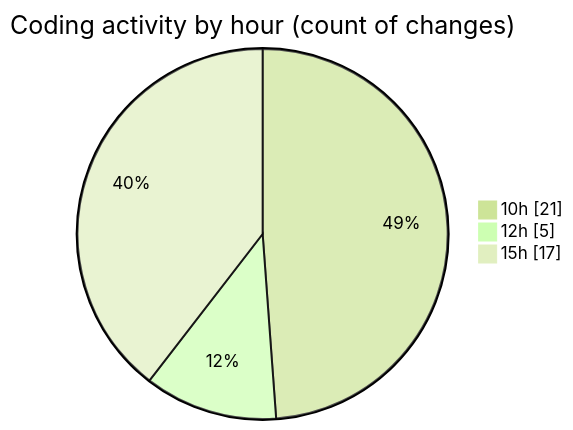
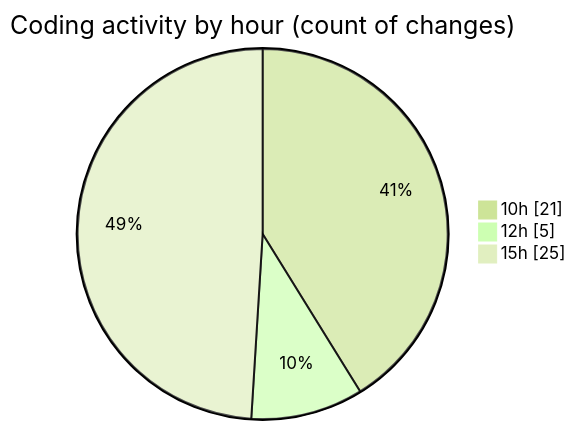
The second of 2 diagrams in 2025-08-27/cda/README.md (momahboobian/code-tracking), drawn with Mermaid (forest theme) before and after one commit. The commit also changed other lines of this file and 1 other file, not shown here.

````diff
--- a/2025-08-27/cda/README.md
+++ b/2025-08-27/cda/README.md
@@ -37,7 +37,7 @@
 ```mermaid
 pie showData
 title Coding activity by hour (count of changes)
 "10h" : 21
 "12h" : 5
-"15h" : 17
+"15h" : 25
 ```
````
